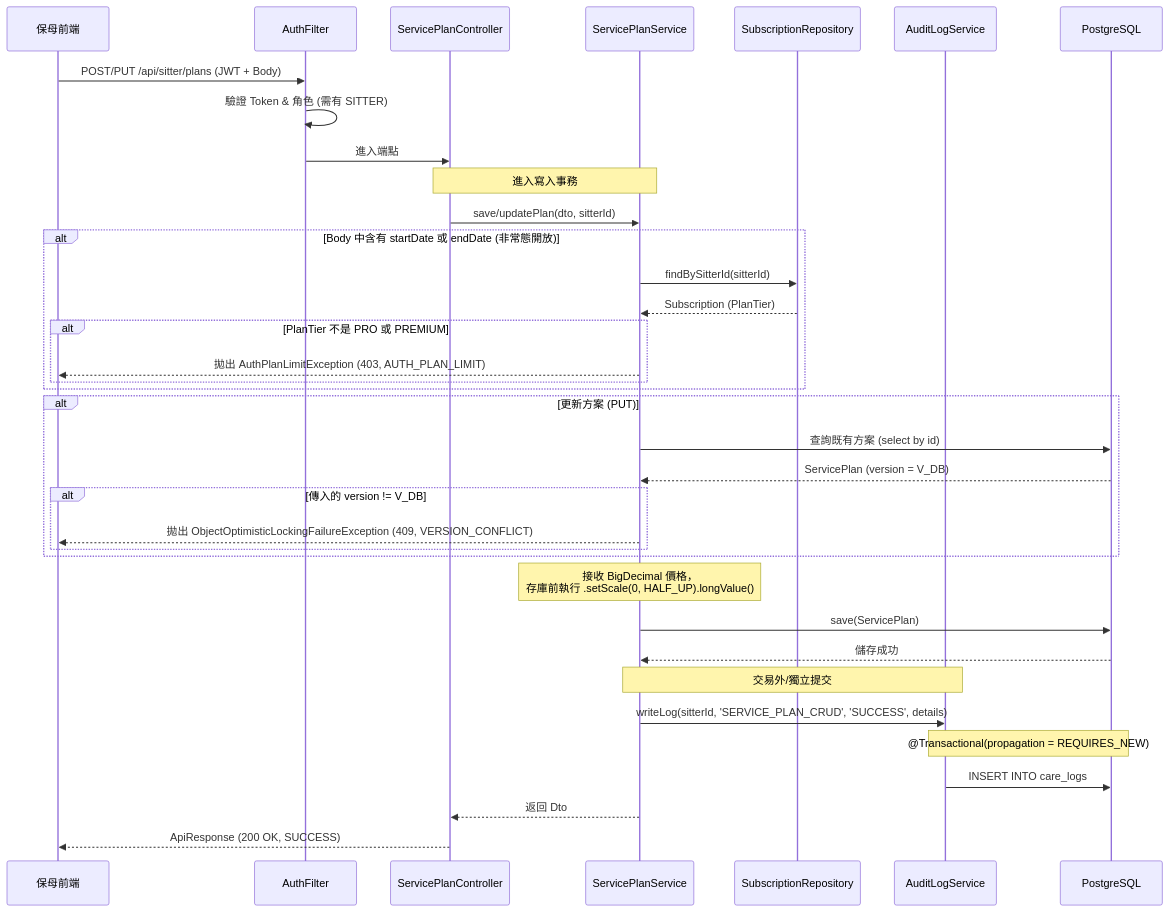
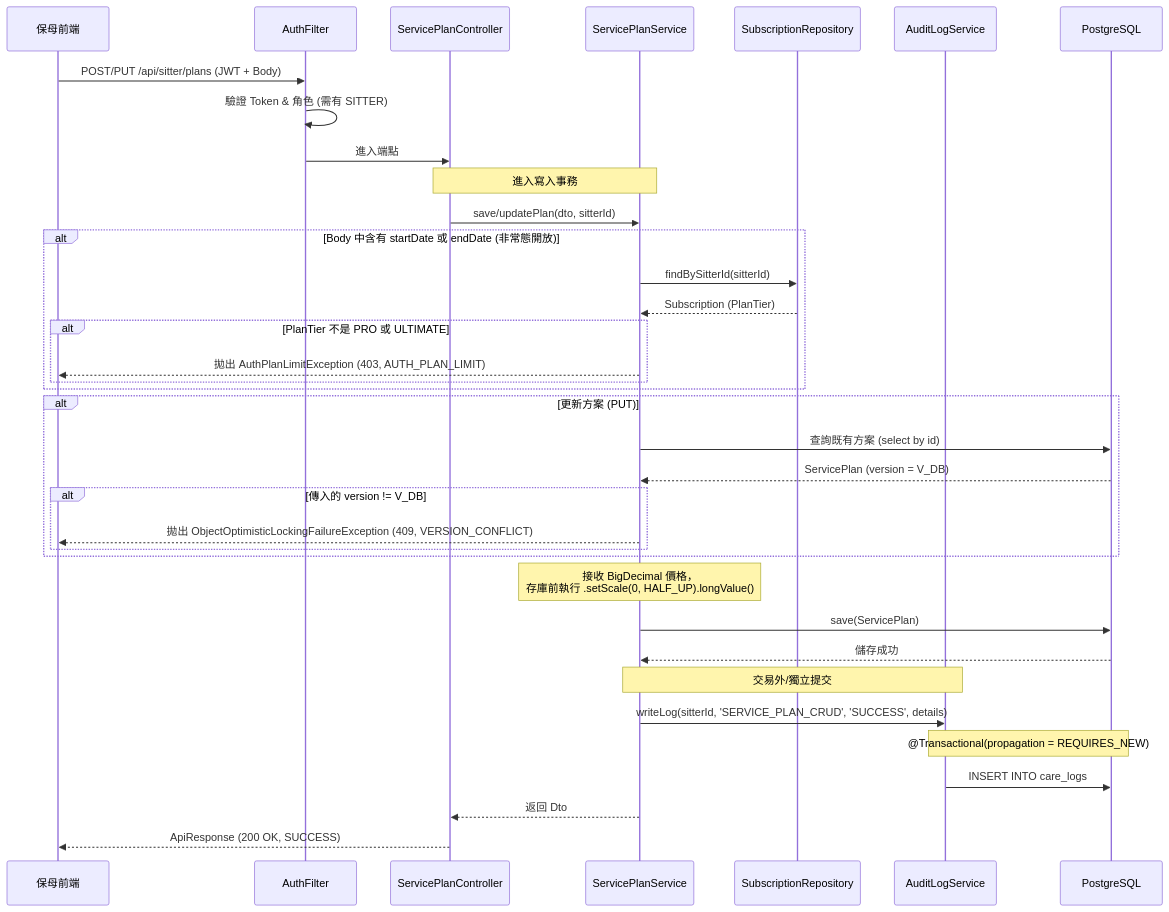
One commit to willchiangch/cat-sitter-project changed the first of 4 diagrams in docs/sd/SD-003-service-plans.md. Above: the diagram before and after it, drawn with Mermaid. The commit also changed other lines of this file and 35 other files, not shown here.

````diff
--- a/docs/sd/SD-003-service-plans.md
+++ b/docs/sd/SD-003-service-plans.md
@@ -29,51 +29,51 @@
 ```mermaid
 sequenceDiagram
     participant Sitter as 保母前端
     participant Filter as AuthFilter
     participant Controller as ServicePlanController
     participant Service as ServicePlanService
     participant SubRepo as SubscriptionRepository
     participant Audit as AuditLogService
     participant DB as PostgreSQL
     
     Sitter->>Filter: POST/PUT /api/sitter/plans (JWT + Body)
     Filter->>Filter: 驗證 Token & 角色 (需有 SITTER)
     Filter->>Controller: 進入端點
     
     Note over Controller,Service: 進入寫入事務
     Controller->>Service: save/updatePlan(dto, sitterId)
     
     %% SaaS Gating (技術設計決策: 進階屬性級門禁)
     alt Body 中含有 startDate 或 endDate (非常態開放)
         Service->>SubRepo: findBySitterId(sitterId)
         SubRepo-->>Service: Subscription (PlanTier)
-        alt PlanTier 不是 PRO 或 PREMIUM
+        alt PlanTier 不是 PRO 或 ULTIMATE
             Service-->>Sitter: 拋出 AuthPlanLimitException (403, AUTH_PLAN_LIMIT)
         end
     end
     
     %% 樂觀鎖驗證 (PUT 時)
     alt 更新方案 (PUT)
         Service->>DB: 查詢既有方案 (select by id)
         DB-->>Service: ServicePlan (version = V_DB)
         alt 傳入的 version != V_DB
             Service-->>Sitter: 拋出 ObjectOptimisticLockingFailureException (409, VERSION_CONFLICT)
         end
     end
     
     %% 價格處理 (技術憲法)
     Note over Service: 接收 BigDecimal 價格，<br/>存庫前執行 .setScale(0, HALF_UP).longValue()
     
     %% DB 儲存
     Service->>DB: save(ServicePlan)
     DB-->>Service: 儲存成功
     
     %% 異步獨立稽核日誌
     Note over Service,Audit: 交易外/獨立提交
     Service->>Audit: writeLog(sitterId, 'SERVICE_PLAN_CRUD', 'SUCCESS', details)
     Note over Audit,DB: @Transactional(propagation = REQUIRES_NEW)
     Audit->>DB: INSERT INTO care_logs
     
     Service-->>Controller: 返回 Dto
     Controller-->>Sitter: ApiResponse (200 OK, SUCCESS)
 ```
````
